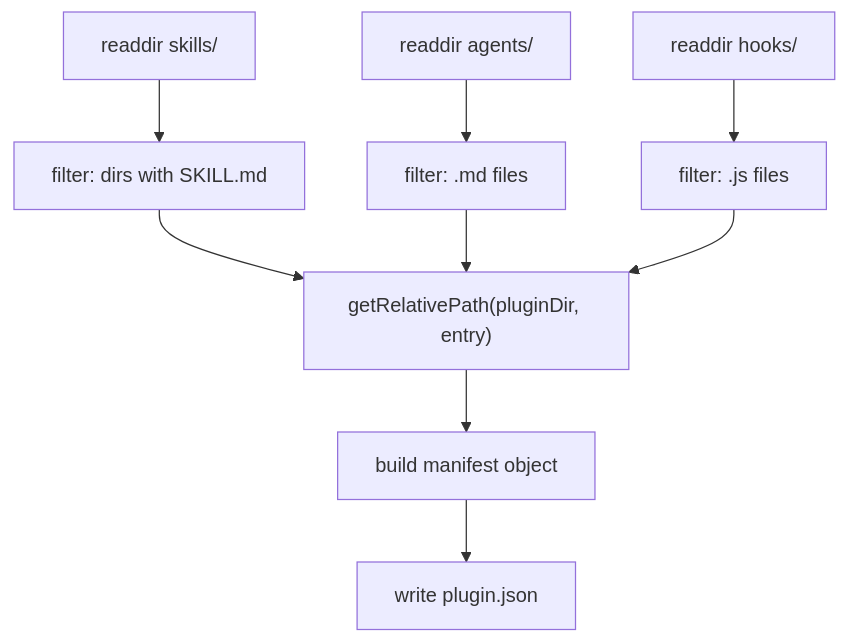
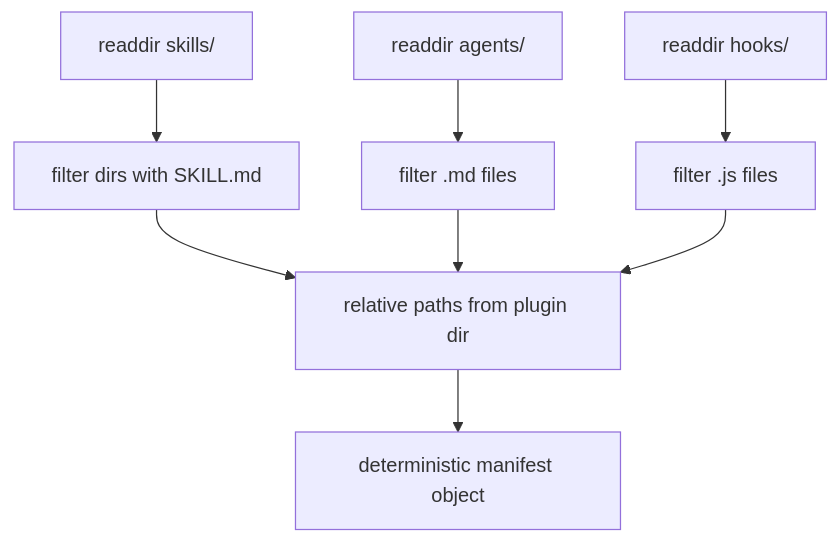
Before and after one commit to eybersjp/development-kit: the diagram in docs/06-internals/plugin-sync-internals.md, drawn with Mermaid. The commit also changed other lines of this file, not shown here.

Commit message:
docs: describe enforced plugin sync internals

````diff
--- a/docs/06-internals/plugin-sync-internals.md
+++ b/docs/06-internals/plugin-sync-internals.md
@@ -9,11 +11,10 @@
 ```mermaid
 flowchart TD
-    A["readdir skills/"] --> S["filter: dirs with SKILL.md"]
-    B["readdir agents/"] --> A2["filter: .md files"]
-    C["readdir hooks/"] --> H["filter: .js files"]
-    S --> P["getRelativePath(pluginDir, entry)"]
+    A["readdir skills/"] --> S["filter dirs with SKILL.md"]
+    B["readdir agents/"] --> A2["filter .md files"]
+    C["readdir hooks/"] --> H["filter .js files"]
+    S --> P["relative paths from plugin dir"]
     A2 --> P
     H --> P
-    P --> M["build manifest object"]
-    M --> W["write plugin.json"]
+    P --> M["deterministic manifest object"]
 ```
````
